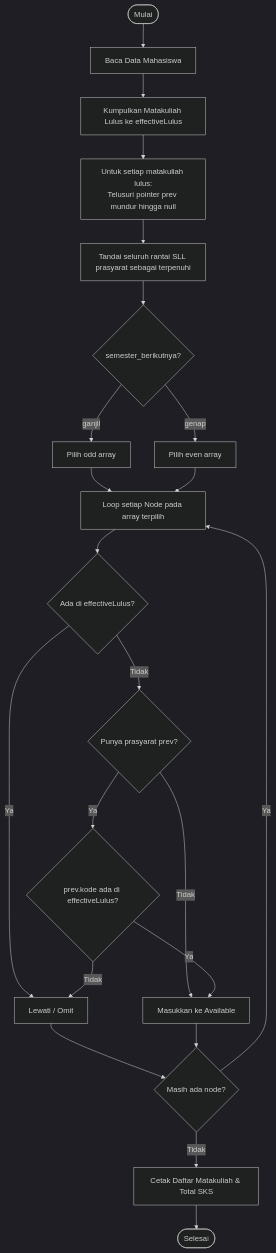
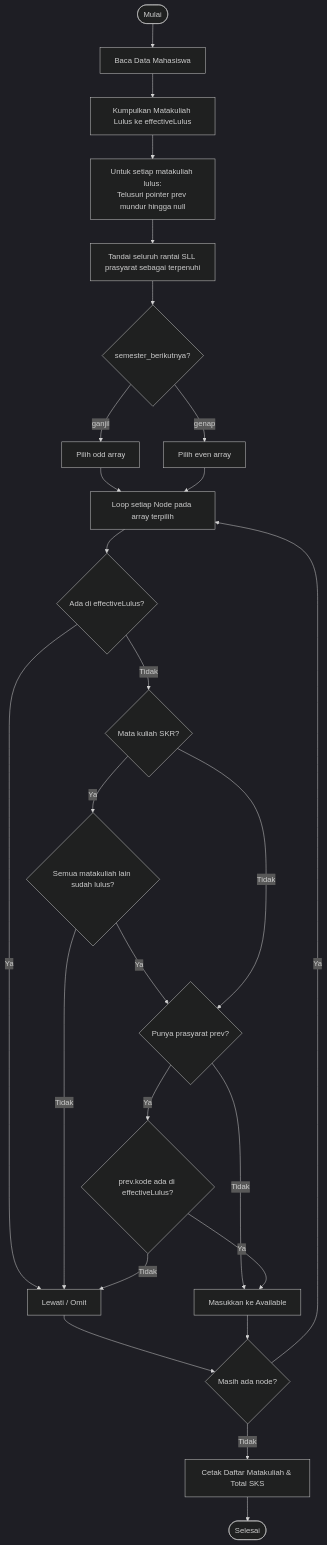
The diagram in README.md (BrianFaruq/FinalProjectASD), drawn with Mermaid (dark theme) before and after one commit. The commit also changed other lines of this file and 7 other files, not shown here.

Commit message:
Further graph removal and additional markdown update

````diff
--- a/README.md
+++ b/README.md
@@ -105,24 +103,28 @@
 ```mermaid
 flowchart TD
     Start([Mulai]) --> ReadStudent[Baca Data Mahasiswa]
     ReadStudent --> CollectPassed[Kumpulkan Matakuliah Lulus ke effectiveLulus]
     CollectPassed --> BackwardTraversal[Untuk setiap matakuliah lulus:<br/>Telusuri pointer prev mundur hingga null]
     BackwardTraversal --> MarkAncestors[Tandai seluruh rantai SLL prasyarat sebagai terpenuhi]
     MarkAncestors --> SelectArray{semester_berikutnya?}
     SelectArray -->|ganjil| UseOdd[Pilih odd array]
     SelectArray -->|genap| UseEven[Pilih even array]
     UseOdd --> ScanLoop[Loop setiap Node pada array terpilih]
     UseEven --> ScanLoop
     ScanLoop --> CheckPassed{Ada di effectiveLulus?}
     CheckPassed -->|Ya| SkipCourse[Lewati / Omit]
-    CheckPassed -->|Tidak| CheckPrereq{Punya prasyarat prev?}
+    CheckPassed -->|Tidak| CheckSKR{Mata kuliah SKR?}
+    CheckSKR -->|Ya| CheckAllPassed{Semua matakuliah lain sudah lulus?}
+    CheckAllPassed -->|Tidak| SkipCourse
+    CheckAllPassed -->|Ya| CheckPrereq{Punya prasyarat prev?}
+    CheckSKR -->|Tidak| CheckPrereq
     CheckPrereq -->|Tidak| AddAvail[Masukkan ke Available]
     CheckPrereq -->|Ya| PrereqMet{prev.kode ada di effectiveLulus?}
     PrereqMet -->|Ya| AddAvail
     PrereqMet -->|Tidak| SkipCourse
     SkipCourse --> NextNode{Masih ada node?}
     AddAvail --> NextNode
     NextNode -->|Ya| ScanLoop
     NextNode -->|Tidak| PrintResult[Cetak Daftar Matakuliah & Total SKS]
     PrintResult --> End([Selesai])
 ```
````
